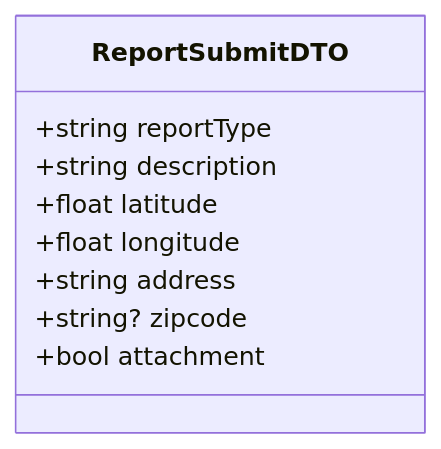
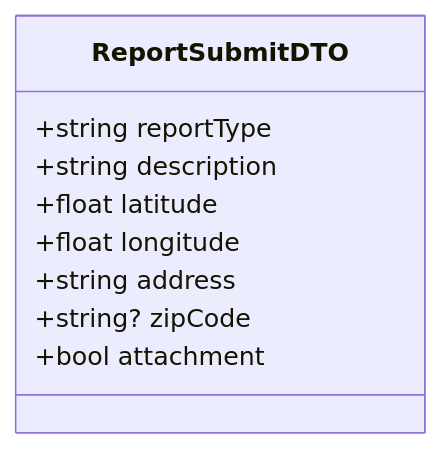
The first of 2 diagrams in docs/use_cases/submit_report_use_case.md (zhangs-tech/jalan-aman), drawn with Mermaid before and after one commit. The commit also changed other lines of this file and 3 other files, not shown here.

First line of the commit message:
docs: rename zipcode to zipCode in use case schemas

````diff
--- a/docs/use_cases/submit_report_use_case.md
+++ b/docs/use_cases/submit_report_use_case.md
@@ -52,12 +52,12 @@
 ```mermaid
 classDiagram
     class ReportSubmitDTO {
         +string reportType
         +string description
         +float latitude
         +float longitude
         +string address
-        +string? zipcode
+        +string? zipCode
         +bool attachment
     }
 ```
````
